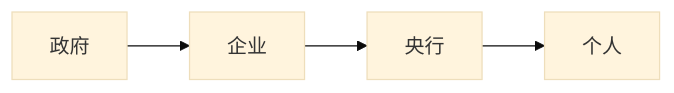
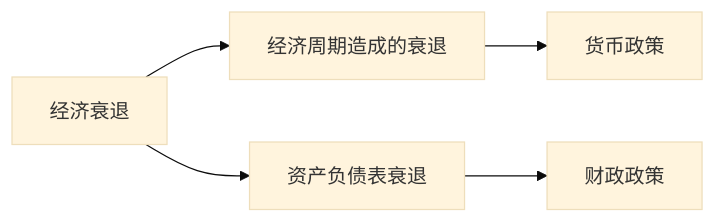
Before and after one commit to anschen1994/TheWayFromPhysics2Quants: the fourth of 4 diagrams in Macro/大衰退.md, drawn with Mermaid (base theme). The commit also changed other lines of this file and 3 other files, not shown here.

````diff
--- a/Macro/大衰退.md
+++ b/Macro/大衰退.md
@@ -29,6 +105,5 @@
 ```mermaid
 graph LR
-A1[政府] --> A2[企业]
-A2 --> A3[央行]
-A3 --> A4[个人]
+A1[经济衰退] --> A2[经济周期造成的衰退] --> B1[货币政策]
+A1 --> A3[资产负债表衰退] --> B2[财政政策]
 ```
````
